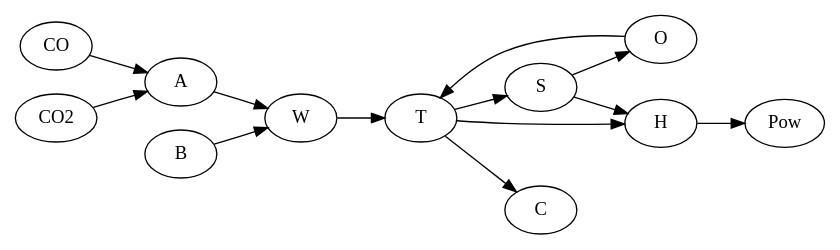
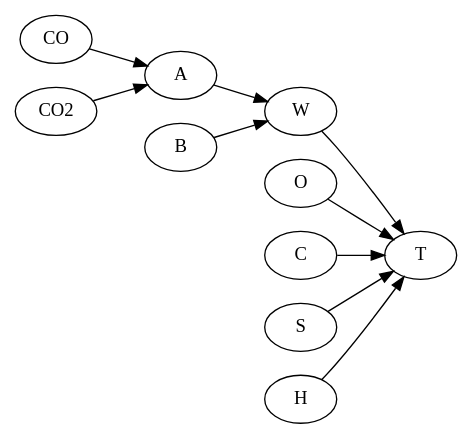
The diagram in tmp/3/Digraph.gv (smarianimore/multiagent_algorithm), drawn with Graphviz before and after one commit. The commit also changed 11 other files, not shown here.

```diff
--- a/tmp/3/Digraph.gv
+++ b/tmp/3/Digraph.gv
@@ -1,15 +1,12 @@
 digraph {
 	graph [rankdir=LR]
 	CO -> A
 	CO2 -> A
 	A -> W
 	B -> W
 	O -> T
 	W -> T
-	S -> H
-	S -> O
-	H -> Pow
-	T -> C
-	T -> H
-	T -> S
+	C -> T
+	S -> T
+	H -> T
 }
```
